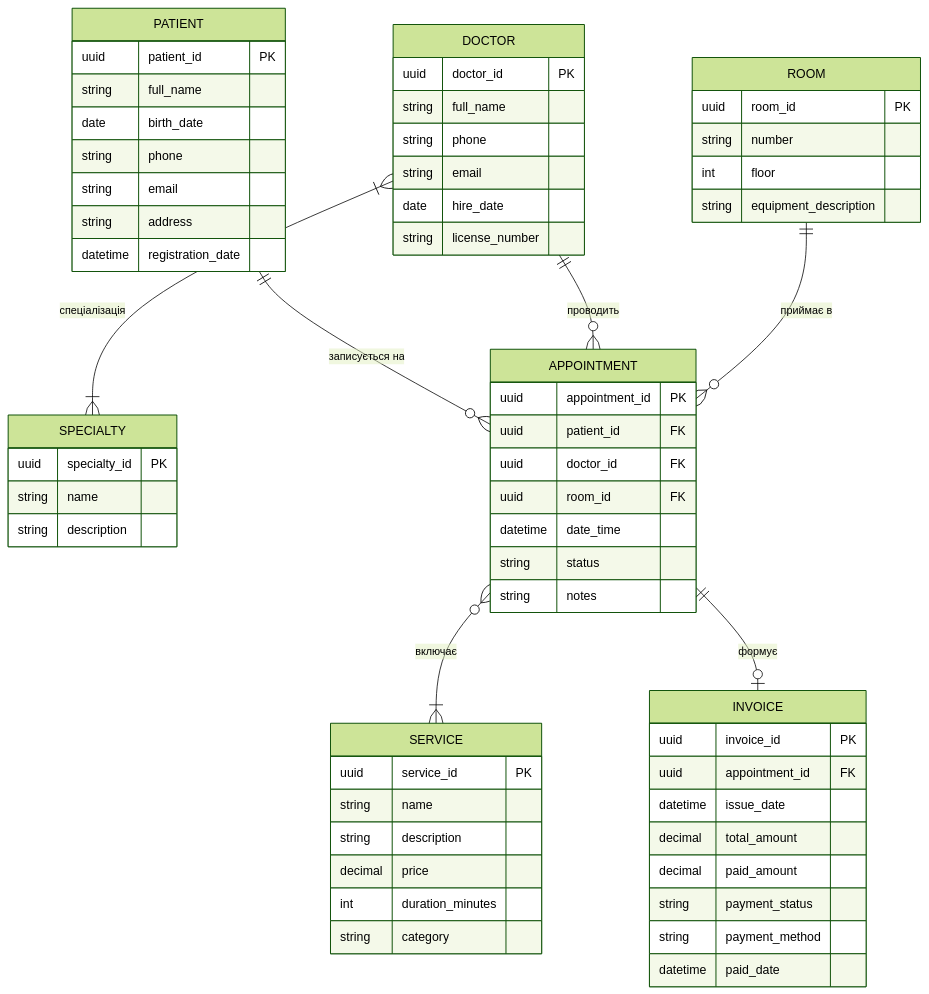
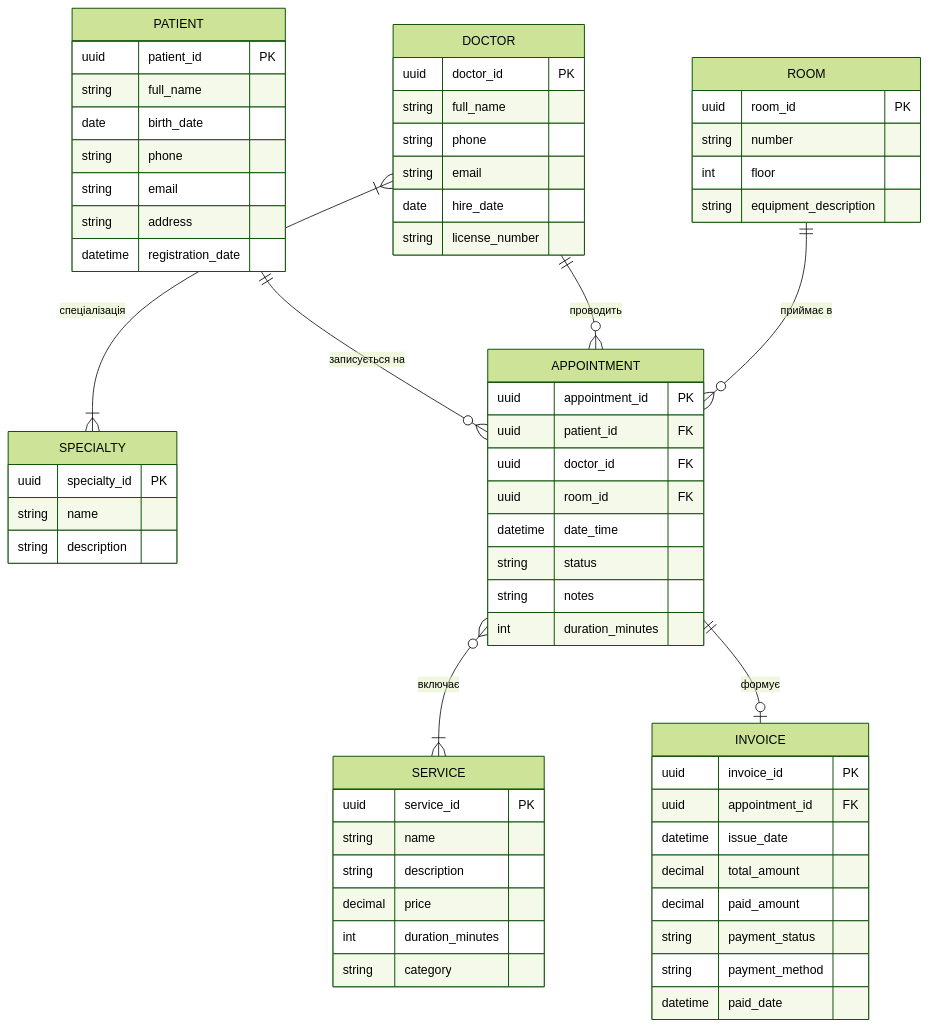
One commit to dvsqwx/KPI changed the diagram in er-diagram.mmd. Above: the diagram before and after it, drawn with Mermaid (forest theme).

Commit message:
Add duration_minutes field to INVOICE table
Додав тривалість (duration_minutes) прийому, оскільки в попередньому варіанті був лише час початку, через що виникали б проблеми із записом і візити накладалися б один на один.

```diff
--- a/er-diagram.mmd
+++ b/er-diagram.mmd
@@ -1,69 +1,70 @@
 erDiagram
     PATIENT {
         uuid patient_id PK
         string full_name
         date birth_date
         string phone
         string email
         string address
         datetime registration_date
     }
 
     DOCTOR {
         uuid doctor_id PK
         string full_name
         string phone
         string email
         date hire_date
         string license_number
     }
 
     SPECIALTY {
         uuid specialty_id PK
         string name
         string description
     }
 
     ROOM {
         uuid room_id PK
         string number
         int floor
         string equipment_description
     }
 
     SERVICE {
         uuid service_id PK
         string name
         string description
         decimal price
         int duration_minutes
         string category
     }
 
     APPOINTMENT {
         uuid appointment_id PK
         uuid patient_id FK
         uuid doctor_id FK
         uuid room_id FK
         datetime date_time
         string status
         string notes
+        int duration_minutes
     }
 
 INVOICE {
         uuid invoice_id PK
         uuid appointment_id FK
         datetime issue_date
         decimal total_amount
         decimal paid_amount
         string payment_status
         string payment_method
         datetime paid_date
 }
 
     DOCTOR }|--|{ SPECIALTY      : "спеціалізація"
     PATIENT   ||--o{ APPOINTMENT : "записується на"
     DOCTOR    ||--o{ APPOINTMENT : "проводить"
     ROOM      ||--o{ APPOINTMENT : "приймає в"
     APPOINTMENT }o--|{ SERVICE   : "включає"
     APPOINTMENT ||--o| INVOICE   : "формує"
```
